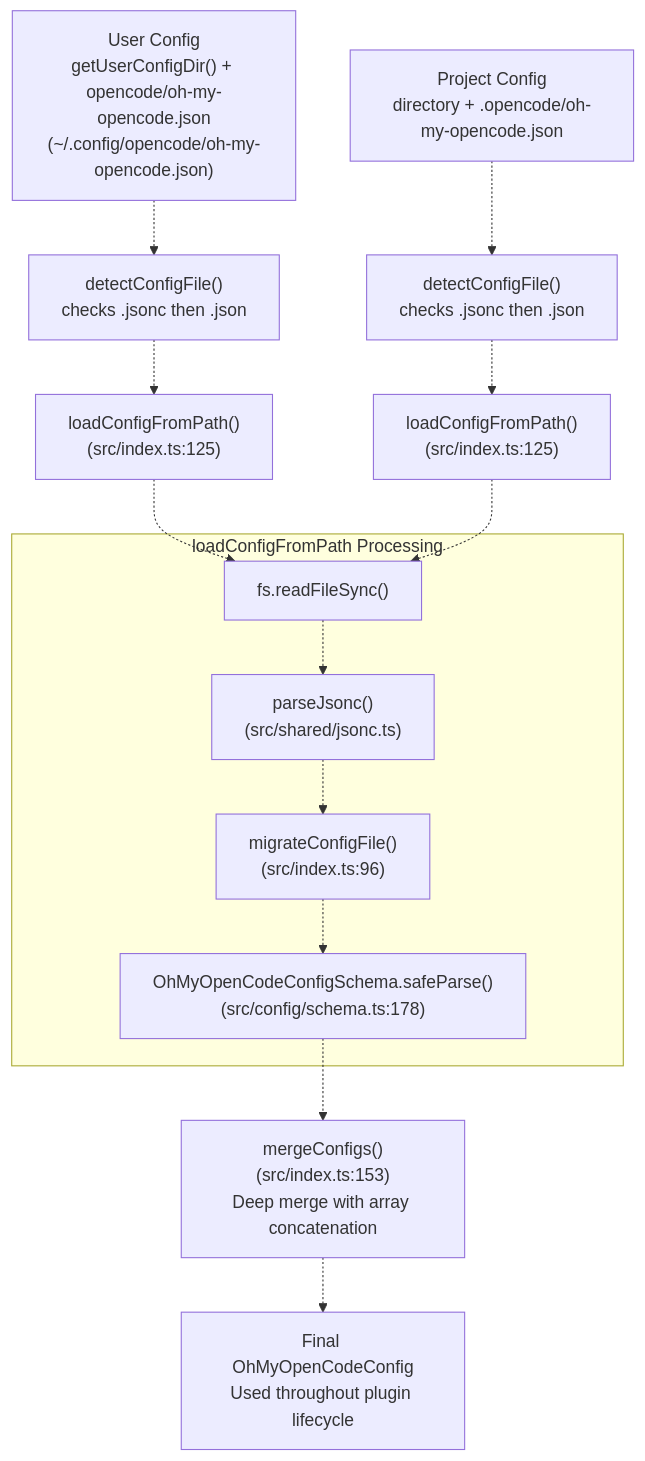
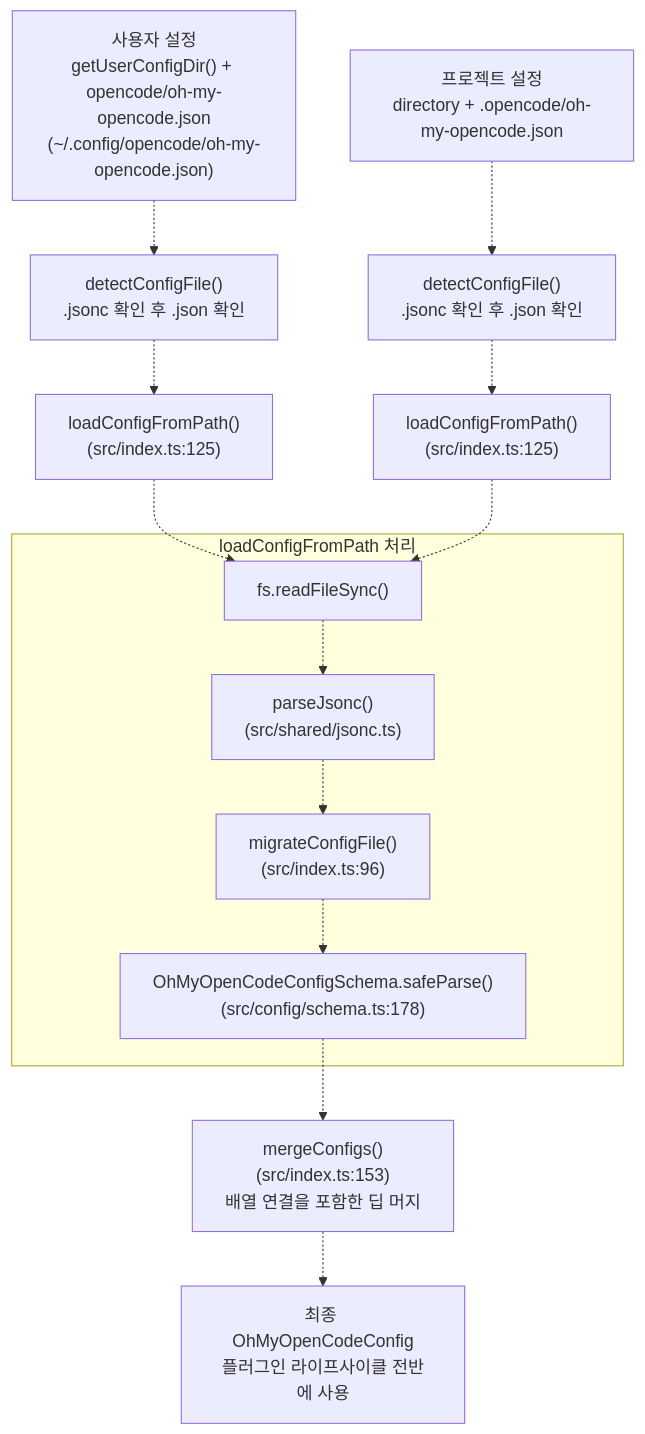
The second of 8 diagrams in docs/architecture/core-architecture.md (felipetruman/oh-my-opencode-docs), drawn with Mermaid before and after one commit. The commit also changed other lines of this file and 76 other files, not shown here.

````diff
--- a/docs/architecture/core-architecture.md
+++ b/docs/architecture/core-architecture.md
@@ -108,35 +104,35 @@
 ```mermaid
 flowchart TD
 
-UserConfig["User Config<br>getUserConfigDir() + opencode/oh-my-opencode.json<br>(~/.config/opencode/oh-my-opencode.json)"]
-ProjectConfig["Project Config<br>directory + .opencode/oh-my-opencode.json"]
-DetectUser["detectConfigFile()<br>checks .jsonc then .json"]
-DetectProject["detectConfigFile()<br>checks .jsonc then .json"]
+UserConfig["사용자 설정<br>getUserConfigDir() + opencode/oh-my-opencode.json<br>(~/.config/opencode/oh-my-opencode.json)"]
+ProjectConfig["프로젝트 설정<br>directory + .opencode/oh-my-opencode.json"]
+DetectUser["detectConfigFile()<br>.jsonc 확인 후 .json 확인"]
+DetectProject["detectConfigFile()<br>.jsonc 확인 후 .json 확인"]
 LoadUser["loadConfigFromPath()<br>(src/index.ts:125)"]
 LoadProject["loadConfigFromPath()<br>(src/index.ts:125)"]
 ReadFile["fs.readFileSync()"]
 ParseJSONC["parseJsonc()<br>(src/shared/jsonc.ts)"]
 MigrateFile["migrateConfigFile()<br>(src/index.ts:96)"]
 ValidateSchema["OhMyOpenCodeConfigSchema.safeParse()<br>(src/config/schema.ts:178)"]
-MergeConfigs["mergeConfigs()<br>(src/index.ts:153)<br>Deep merge with array concatenation"]
-FinalConfig["Final OhMyOpenCodeConfig<br>Used throughout plugin lifecycle"]
+MergeConfigs["mergeConfigs()<br>(src/index.ts:153)<br>배열 연결을 포함한 딥 머지"]
+FinalConfig["최종 OhMyOpenCodeConfig<br>플러그인 라이프사이클 전반에 사용"]
 
 UserConfig -.-> DetectUser
 ProjectConfig -.-> DetectProject
 DetectUser -.-> LoadUser
 DetectProject -.-> LoadProject
 LoadUser -.-> ReadFile
 ValidateSchema -.-> MergeConfigs
 LoadProject -.-> ReadFile
 MergeConfigs -.-> FinalConfig
 
-subgraph subGraph0 ["loadConfigFromPath Processing"]
+subgraph subGraph0 ["loadConfigFromPath 처리"]
     ReadFile
     ParseJSONC
     MigrateFile
     ValidateSchema
     ReadFile -.-> ParseJSONC
     ParseJSONC -.-> MigrateFile
     MigrateFile -.-> ValidateSchema
 end
 ```
````
